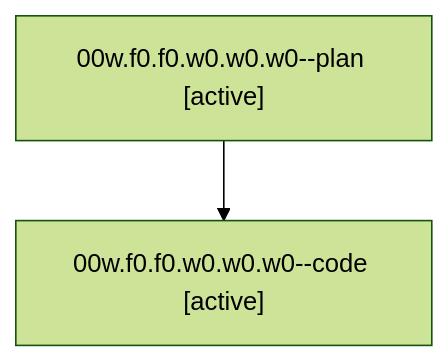
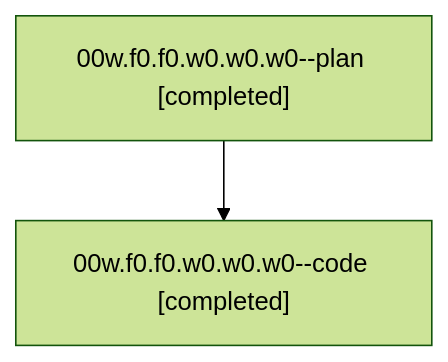
The diagram in families/bbugyi200.athena.00w.f0.f0.w0.w0.w0.md (bobs-org/bob-cli--agents), drawn with Mermaid (forest theme) before and after one commit. The commit also changed other lines of this file and 44 other files, not shown here.

````diff
--- a/families/bbugyi200.athena.00w.f0.f0.w0.w0.w0.md
+++ b/families/bbugyi200.athena.00w.f0.f0.w0.w0.w0.md
@@ -9,6 +9,6 @@
 ```mermaid
 flowchart TD
-  n0["00w.f0.f0.w0.w0.w0--plan [active]"]
-  n1["00w.f0.f0.w0.w0.w0--code [active]"]
+  n0["00w.f0.f0.w0.w0.w0--plan [completed]"]
+  n1["00w.f0.f0.w0.w0.w0--code [completed]"]
   n0 --> n1
 ```
````
